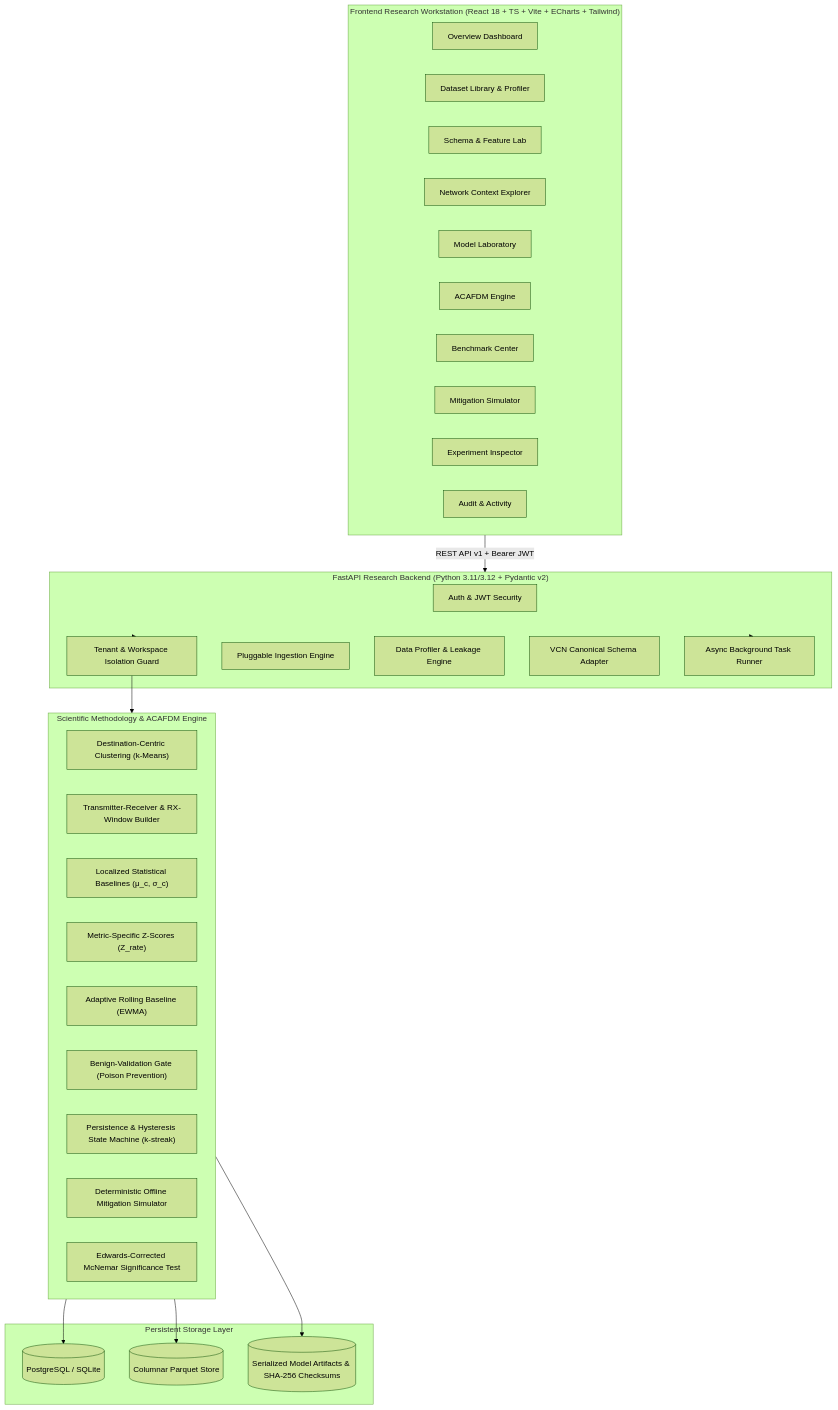
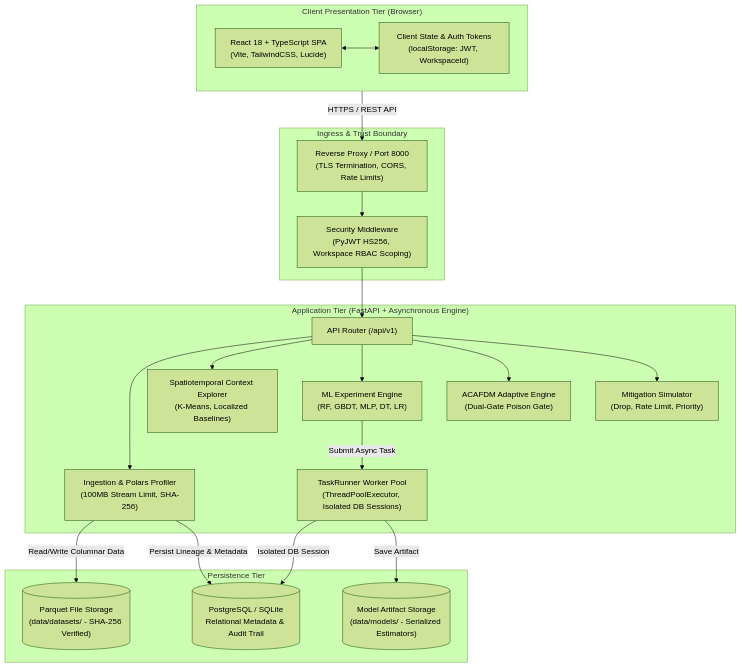
Before and after one commit to Pranay-Kumar-02/flux-v2x: the diagram in README.md, drawn with Mermaid (forest theme). The commit also changed other lines of this file and 42 other files, not shown here.

Commit message:
docs(governance): establish open-source repository architecture, compliance, and engineering systems

````diff
--- a/README.md
+++ b/README.md
@@ -47,50 +72,45 @@
 ```mermaid
-graph TD
-    subgraph Client ["Frontend Research Workstation (React 18 + TS + Vite + ECharts + Tailwind)"]
-        UI_CC[Overview Dashboard]
-        UI_DS[Dataset Library & Profiler]
-        UI_SCH[Schema & Feature Lab]
-        UI_CTX[Network Context Explorer]
-        UI_ML[Model Laboratory]
-        UI_AC[ACAFDM Engine]
-        UI_BM[Benchmark Center]
-        UI_SIM[Mitigation Simulator]
-        UI_INSP[Experiment Inspector]
-        UI_AUD[Audit & Activity]
+flowchart TB
+    subgraph Client ["Client Presentation Tier (Browser)"]
+        UI["React 18 + TypeScript SPA\n(Vite, TailwindCSS, Lucide)"]
+        State["Client State & Auth Tokens\n(localStorage: JWT, WorkspaceId)"]
+        UI <--> State
     end
 
-    subgraph API ["FastAPI Research Backend (Python 3.11/3.12 + Pydantic v2)"]
-        AUTH[Auth & JWT Security]
-        TENANT[Tenant & Workspace Isolation Guard]
-        INGEST[Pluggable Ingestion Engine]
-        PROF[Data Profiler & Leakage Engine]
-        VCN_ADAPT[VCN Canonical Schema Adapter]
-        JOBS[Async Background Task Runner]
+    subgraph Gateway ["Ingress & Trust Boundary"]
+        HTTPS["Reverse Proxy / Port 8000\n(TLS Termination, CORS, Rate Limits)"]
+        AuthMid["Security Middleware\n(PyJWT HS256, Workspace RBAC Scoping)"]
     end
 
-    subgraph Scientific_Core ["Scientific Methodology & ACAFDM Engine"]
-        ST_CLUST["Destination-Centric Clustering (k-Means)"]
-        RX_WIN["Transmitter-Receiver & RX-Window Builder"]
-        LOC_BASE["Localized Statistical Baselines (μ_c, σ_c)"]
-        Z_DEV["Metric-Specific Z-Scores (Z_rate)"]
-        ROLL_BASE["Adaptive Rolling Baseline (EWMA)"]
-        POISON_GATE["Benign-Validation Gate (Poison Prevention)"]
-        PERSIST["Persistence & Hysteresis State Machine (k-streak)"]
-        SIM_OFFLINE["Deterministic Offline Mitigation Simulator"]
-        MCNEMAR["Edwards-Corrected McNemar Significance Test"]
+    subgraph Backend ["Application Tier (FastAPI + Asynchronous Engine)"]
+        Router["API Router (/api/v1)"]
+        DatasetSvc["Ingestion & Polars Profiler\n(100MB Stream Limit, SHA-256)"]
+        ContextSvc["Spatiotemporal Context Explorer\n(K-Means, Localized Baselines)"]
+        MLEngine["ML Experiment Engine\n(RF, GBDT, MLP, DT, LR)"]
+        ACAFDMSvc["ACAFDM Adaptive Engine\n(Dual-Gate Poison Gate)"]
+        SimSvc["Mitigation Simulator\n(Drop, Rate Limit, Priority)"]
+        WorkerPool["TaskRunner Worker Pool\n(ThreadPoolExecutor, Isolated DB Sessions)"]
     end
 
-    subgraph Storage ["Persistent Storage Layer"]
-        DB[(PostgreSQL / SQLite)]
-        PARQUET[(Columnar Parquet Store)]
-        ARTIFACTS[(Serialized Model Artifacts & SHA-256 Checksums)]
+    subgraph Persistence ["Persistence Tier"]
+        DB[(PostgreSQL / SQLite\nRelational Metadata & Audit Trail)]
+        ParquetStore[("Parquet File Storage\n(data/datasets/ - SHA-256 Verified)")]
+        ModelStore[("Model Artifact Storage\n(data/models/ - Serialized Estimators)")]
     end
 
-    Client -->|REST API v1 + Bearer JWT| API
-    API --> TENANT
-    TENANT --> Scientific_Core
-    API --> JOBS
-    Scientific_Core --> DB
-    Scientific_Core --> PARQUET
-    Scientific_Core --> ARTIFACTS
+    Client -->|HTTPS / REST API| HTTPS
+    HTTPS --> AuthMid
+    AuthMid --> Router
+    Router --> DatasetSvc
+    Router --> ContextSvc
+    Router --> MLEngine
+    Router --> ACAFDMSvc
+    Router --> SimSvc
+
+    MLEngine -->|Submit Async Task| WorkerPool
+    WorkerPool -->|Isolated DB Session| DB
+    WorkerPool -->|Save Artifact| ModelStore
+
+    DatasetSvc -->|Read/Write Columnar Data| ParquetStore
+    DatasetSvc -->|Persist Lineage & Metadata| DB
 ```
````
